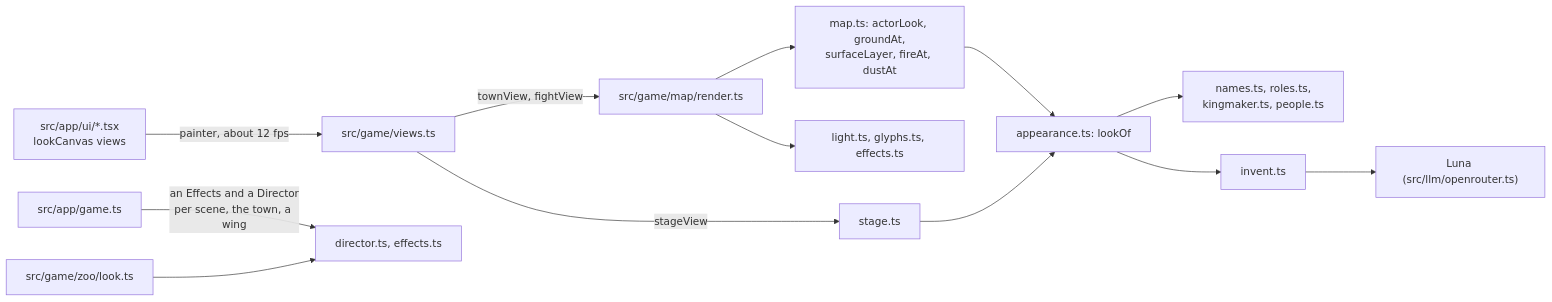
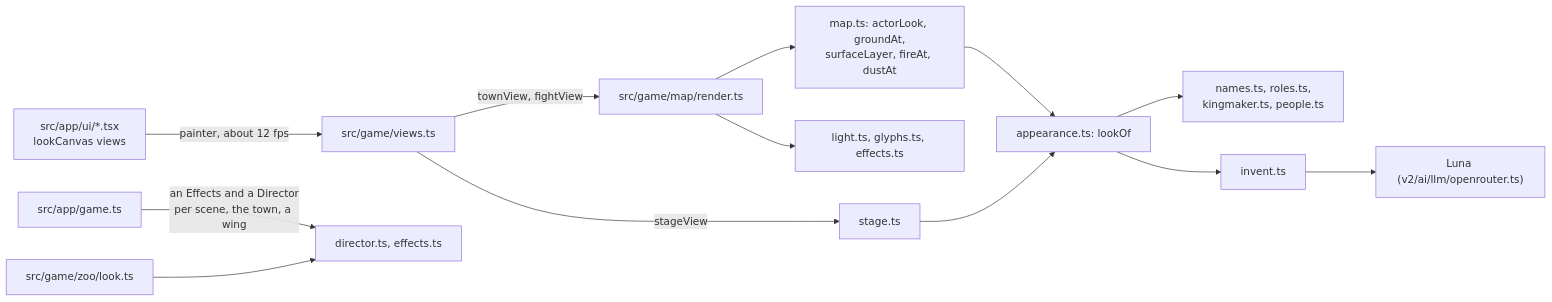
The diagram in src/game/look/README.md (Tatskaari/kingmaker), drawn with Mermaid before and after one commit. The commit also changed other lines of this file and 34 other files, not shown here.

````diff
--- a/src/game/look/README.md
+++ b/src/game/look/README.md
@@ -55,14 +55,14 @@
 ```mermaid
 flowchart LR
   ui["src/app/ui/*.tsx<br/>lookCanvas views"] -->|"painter, about 12 fps"| views["src/game/views.ts"]
   views -->|"townView, fightView"| render["src/game/map/render.ts"]
   views -->|"stageView"| stage["stage.ts"]
   render --> mapface["map.ts: actorLook, groundAt,<br/>surfaceLayer, fireAt, dustAt"]
   render --> light["light.ts, glyphs.ts, effects.ts"]
   mapface --> appearance["appearance.ts: lookOf"]
   stage --> appearance
   appearance --> roles["names.ts, roles.ts,<br/>kingmaker.ts, people.ts"]
-  appearance --> invent["invent.ts"] --> model["Luna (src/llm/openrouter.ts)"]
+  appearance --> invent["invent.ts"] --> model["Luna (v2/ai/llm/openrouter.ts)"]
   app["src/app/game.ts"] -->|"an Effects and a Director<br/>per scene, the town, a wing"| director["director.ts, effects.ts"]
   zoo["src/game/zoo/look.ts"] --> director
 ```
````
